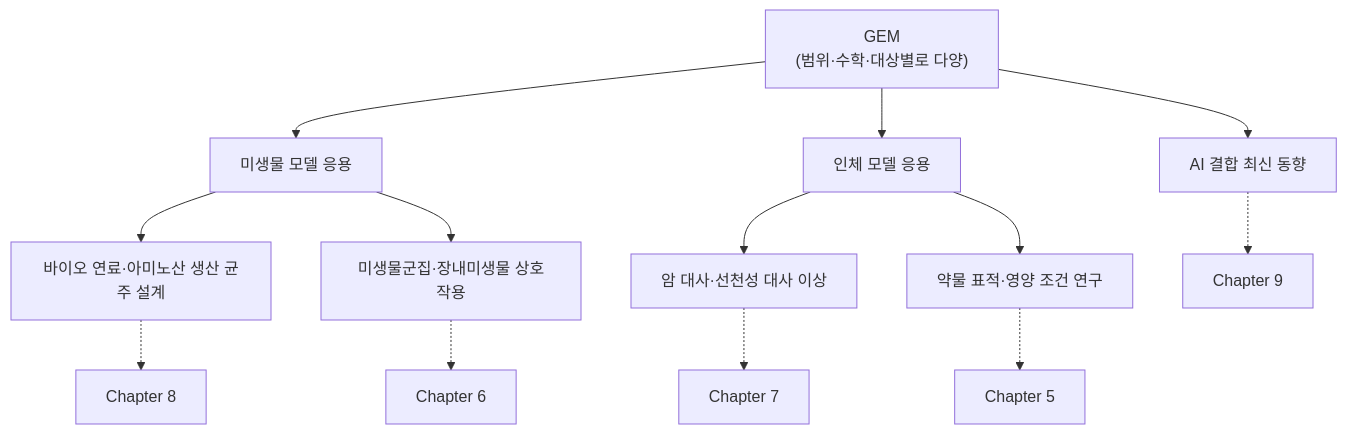
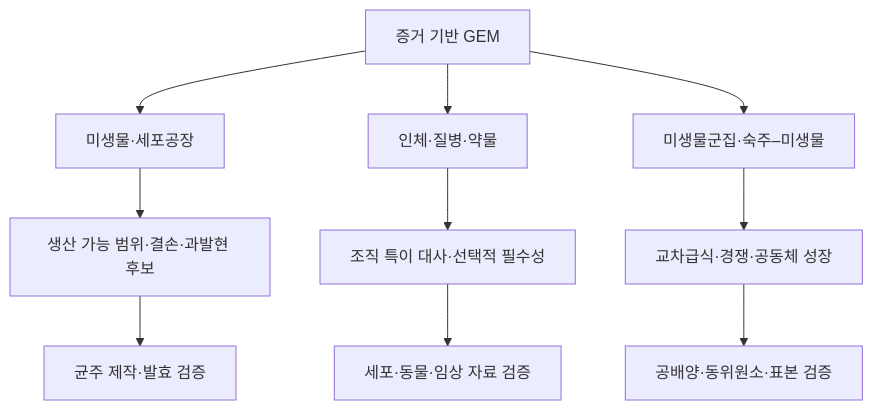
The diagram in chapter-1/07.md (jyryu3161/ebook_metabolic_modeling), drawn with Mermaid before and after one commit. The commit also changed other lines of this file and 92 other files, not shown here.

````diff
--- a/chapter-1/07.md
+++ b/chapter-1/07.md
@@ -7,15 +5,12 @@
 ```mermaid
 flowchart TD
-    GEM["GEM<br/>(범위·수학·대상별로 다양)"] --> MIC["미생물 모델 응용"]
-    GEM --> HUM["인체 모델 응용"]
-    GEM --> AI["AI 결합 최신 동향"]
-    MIC --> MIC1["바이오 연료·아미노산 생산 균주 설계"]
-    MIC --> MIC2["미생물군집·장내미생물 상호작용"]
-    HUM --> HUM1["암 대사·선천성 대사 이상"]
-    HUM --> HUM2["약물 표적·영양 조건 연구"]
-    MIC1 -.-> CH8["Chapter 8"]
-    MIC2 -.-> CH6["Chapter 6"]
-    HUM1 -.-> CH7["Chapter 7"]
-    HUM2 -.-> CH5["Chapter 5"]
-    AI -.-> CH9["Chapter 9"]
+    GEM["증거 기반 GEM"] --> MIC["미생물·세포공장"]
+    GEM --> HUM["인체·질병·약물"]
+    GEM --> COM["미생물군집·숙주–미생물"]
+    MIC --> M1["생산 가능 범위·결손·과발현 후보"]
+    HUM --> H1["조직 특이 대사·선택적 필수성"]
+    COM --> C1["교차급식·경쟁·공동체 성장"]
+    M1 --> V1["균주 제작·발효 검증"]
+    H1 --> V2["세포·동물·임상 자료 검증"]
+    C1 --> V3["공배양·동위원소·표본 검증"]
 ```
````
